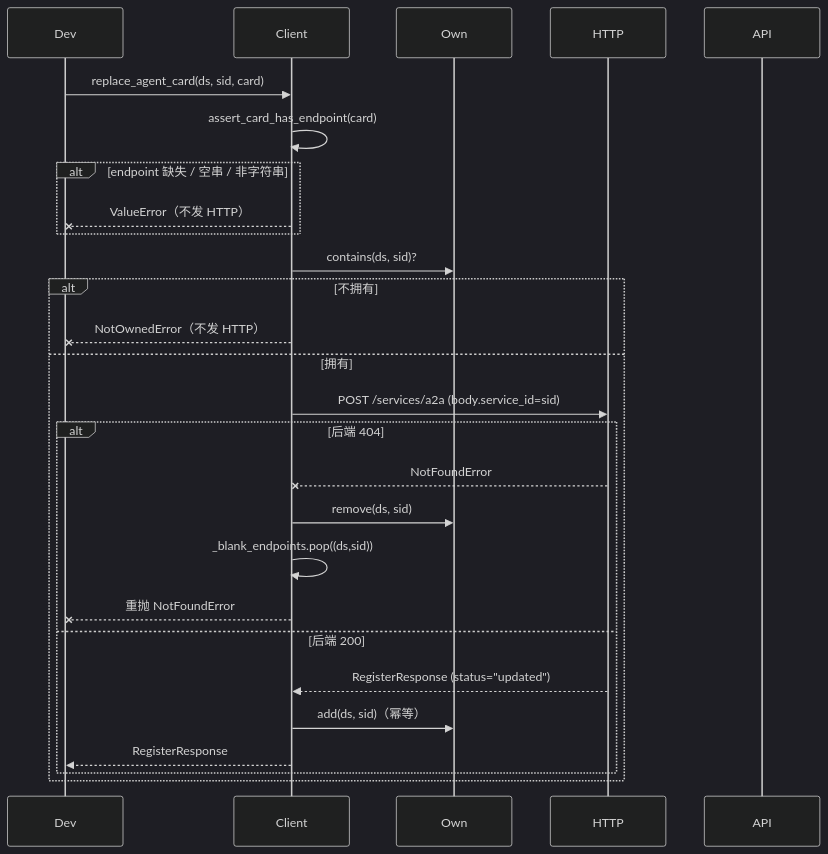
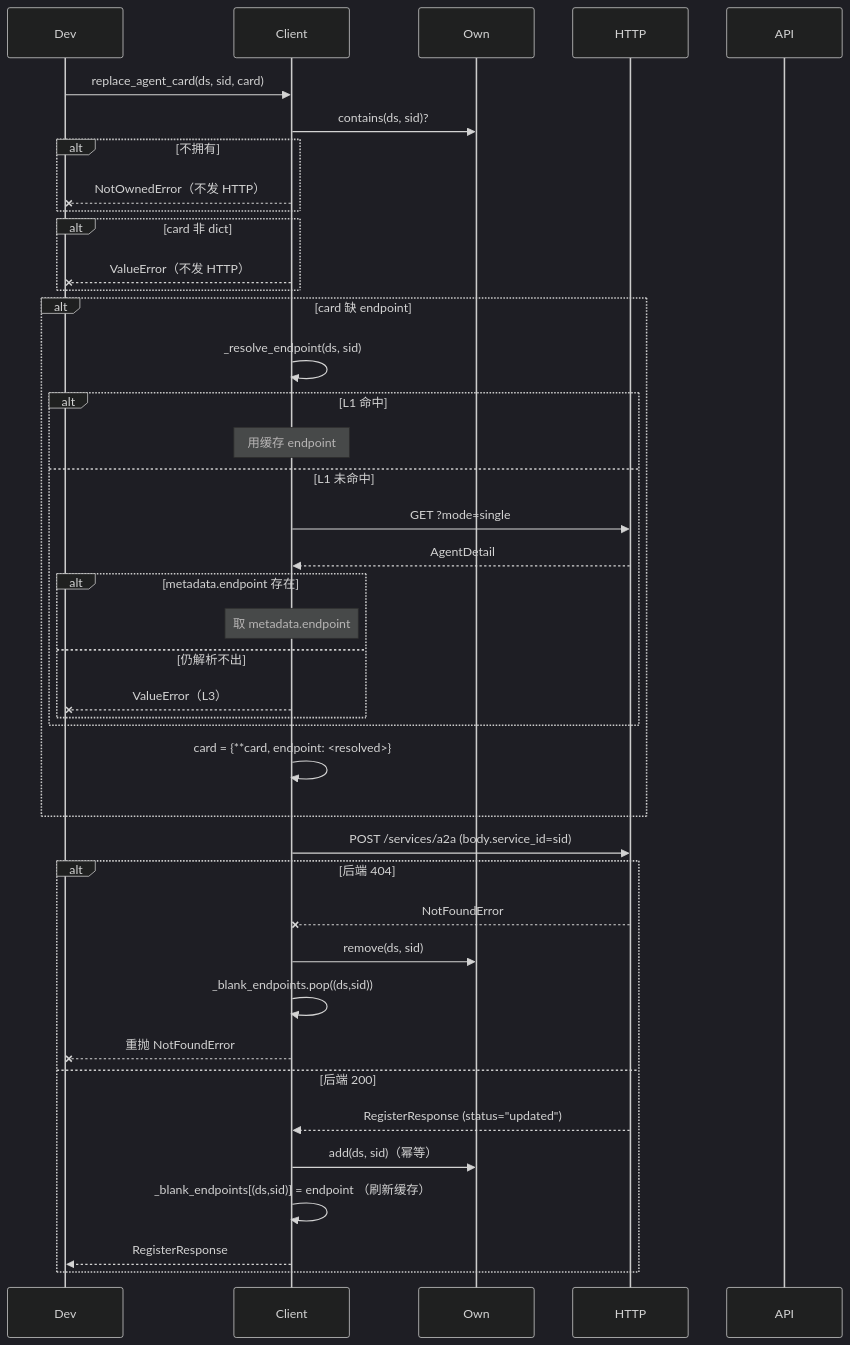
The fourth of 6 diagrams in docs/client_design.md (Weizheng96/A2X-registry), drawn with Mermaid (dark theme) before and after one commit. The commit also changed other lines of this file and 6 other files, not shown here.

First line of the commit message:
feat: list_idle_blank_agents default n=1 + replace_agent_card endpoint auto-fill

````diff
--- a/docs/client_design.md
+++ b/docs/client_design.md
@@ -517,30 +524,44 @@
 ```mermaid
 sequenceDiagram
     participant Dev
     participant Client
     participant Own
     participant HTTP
     participant API
 
     Dev->>Client: replace_agent_card(ds, sid, card)
-    Client->>Client: assert_card_has_endpoint(card)
-    alt endpoint 缺失 / 空串 / 非字符串
-        Client--xDev: ValueError（不发 HTTP）
-    end
     Client->>Own: contains(ds, sid)?
     alt 不拥有
         Client--xDev: NotOwnedError（不发 HTTP）
-    else 拥有
-        Client->>HTTP: POST /services/a2a (body.service_id=sid)
-        alt 后端 404
-            HTTP--xClient: NotFoundError
-            Client->>Own: remove(ds, sid)
-            Client->>Client: _blank_endpoints.pop((ds,sid))
-            Client--xDev: 重抛 NotFoundError
-        else 后端 200
-            HTTP-->>Client: RegisterResponse (status="updated")
-            Client->>Own: add(ds, sid)（幂等）
-            Client-->>Dev: RegisterResponse
+    end
+    alt card 非 dict
+        Client--xDev: ValueError（不发 HTTP）
+    end
+    alt card 缺 endpoint
+        Client->>Client: _resolve_endpoint(ds, sid)
+        alt L1 命中
+            Note over Client: 用缓存 endpoint
+        else L1 未命中
+            Client->>HTTP: GET ?mode=single
+            HTTP-->>Client: AgentDetail
+            alt metadata.endpoint 存在
+                Note over Client: 取 metadata.endpoint
+            else 仍解析不出
+                Client--xDev: ValueError（L3）
+            end
         end
+        Client->>Client: card = {**card, endpoint: <resolved>}
+    end
+    Client->>HTTP: POST /services/a2a (body.service_id=sid)
+    alt 后端 404
+        HTTP--xClient: NotFoundError
+        Client->>Own: remove(ds, sid)
+        Client->>Client: _blank_endpoints.pop((ds,sid))
+        Client--xDev: 重抛 NotFoundError
+    else 后端 200
+        HTTP-->>Client: RegisterResponse (status="updated")
+        Client->>Own: add(ds, sid)（幂等）
+        Client->>Client: _blank_endpoints[(ds,sid)] = endpoint （刷新缓存）
+        Client-->>Dev: RegisterResponse
     end
 ```
````
